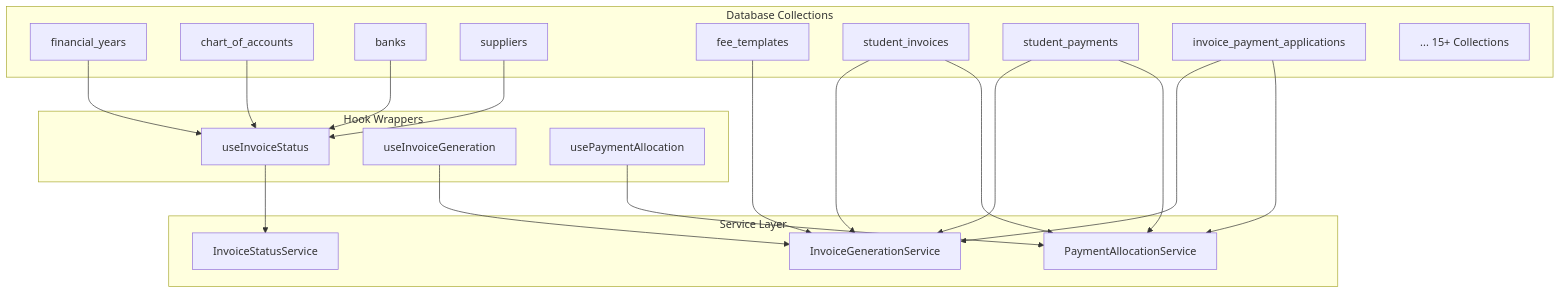
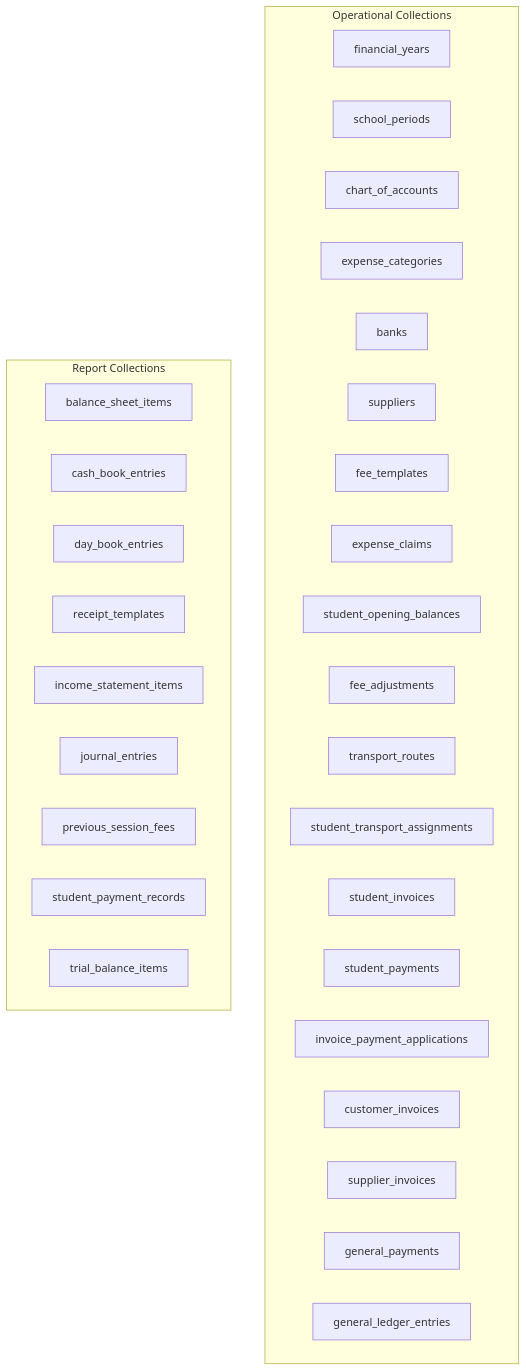
Before and after one commit to geniusdynamics/schoolpilot: diagram 22 of 23 in .qoder/repowiki/en/content/Modules System/Finance Module.md, drawn with Mermaid. The commit also changed other lines of this file and 54 other files, not shown here.

````diff
--- a/.qoder/repowiki/en/content/Modules System/Finance Module.md
+++ b/.qoder/repowiki/en/content/Modules System/Finance Module.md
@@ -427,38 +663,35 @@
 ```mermaid
 graph TB
-subgraph "Database Collections"
+subgraph "Operational Collections"
 FC["financial_years"]
-COA["chart_of_accounts"]
-BANKS["banks"]
-SUPPLIERS["suppliers"]
-FEETEMPLATES["fee_templates"]
-STUDENTINVOICES["student_invoices"]
-STUDENTPAYMENTS["student_payments"]
-INVOICEPAYMENTS["invoice_payment_applications"]
-END["... 15+ Collections"]
+SC["school_periods"]
+CCO["chart_of_accounts"]
+EC["expense_categories"]
+B["banks"]
+S["suppliers"]
+FT["fee_templates"]
+E["expense_claims"]
+SOB["student_opening_balances"]
+FA["fee_adjustments"]
+TR["transport_routes"]
+STA["student_transport_assignments"]
+SI["student_invoices"]
+SP["student_payments"]
+IPA["invoice_payment_applications"]
+CI["customer_invoices"]
+SI2["supplier_invoices"]
+GP["general_payments"]
+GLE["general_ledger_entries"]
 end
-subgraph "Service Layer"
-ISS["InvoiceStatusService"]
-IGS["InvoiceGenerationService"]
-PAS["PaymentAllocationService"]
+subgraph "Report Collections"
+BS["balance_sheet_items"]
+CB["cash_book_entries"]
+DBE["day_book_entries"]
+RT["receipt_templates"]
+IS["income_statement_items"]
+JE["journal_entries"]
+PSF["previous_session_fees"]
+SPR["student_payment_records"]
+TBI["trial_balance_items"]
 end
-subgraph "Hook Wrappers"
-UIS["useInvoiceStatus"]
-UIG["useInvoiceGeneration"]
-UPA["usePaymentAllocation"]
-end
-FC --> UIS
-COA --> UIS
-BANKS --> UIS
-SUPPLIERS --> UIS
-FEETEMPLATES --> IGS
-STUDENTINVOICES --> IGS
-STUDENTPAYMENTS --> IGS
-INVOICEPAYMENTS --> IGS
-STUDENTINVOICES --> PAS
-STUDENTPAYMENTS --> PAS
-INVOICEPAYMENTS --> PAS
-UIS --> ISS
-UIG --> IGS
-UPA --> PAS
 ```
````
